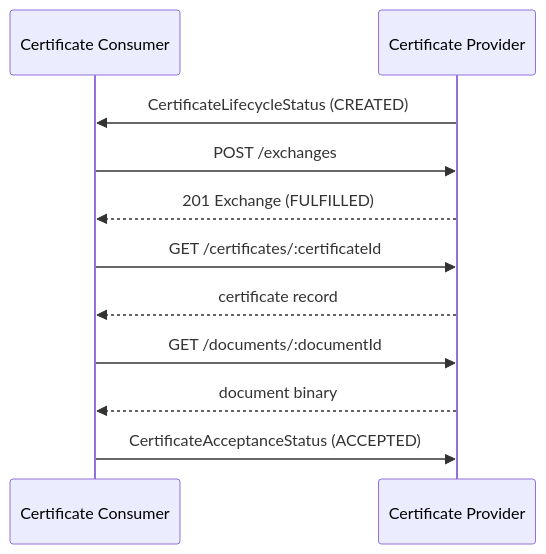
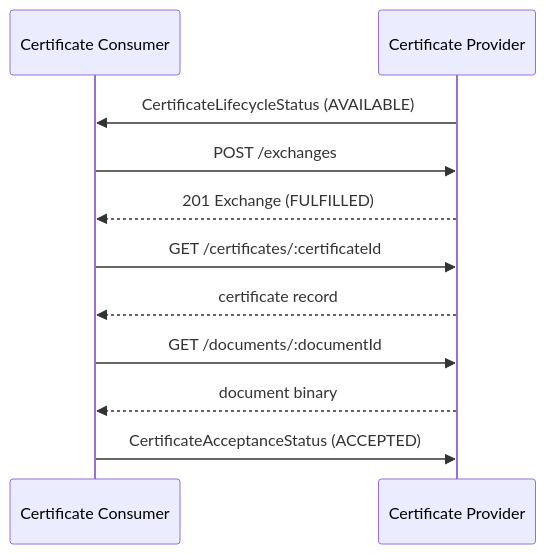
One commit to Metaform/certo changed the third of 4 diagrams in docs/sce/certificate-exchange.md. Above: the diagram before and after it, drawn with Mermaid. The commit also changed other lines of this file and 30 other files, not shown here.

Commit message:
feat: simplify certificate lifecycle by combining created and modified

````diff
--- a/docs/sce/certificate-exchange.md
+++ b/docs/sce/certificate-exchange.md
@@ -389,13 +391,13 @@
 ```mermaid
 sequenceDiagram
     participant con as Certificate Consumer
     participant prov as Certificate Provider
-    prov ->> con: CertificateLifecycleStatus (CREATED)
+    prov ->> con: CertificateLifecycleStatus (AVAILABLE)
     con ->> prov: POST /exchanges
     prov -->> con: 201 Exchange (FULFILLED)
     con ->> prov: GET /certificates/:certificateId
     prov -->> con: certificate record
     con ->> prov: GET /documents/:documentId
     prov -->> con: document binary
     con ->> prov: CertificateAcceptanceStatus (ACCEPTED)
 ```
````
